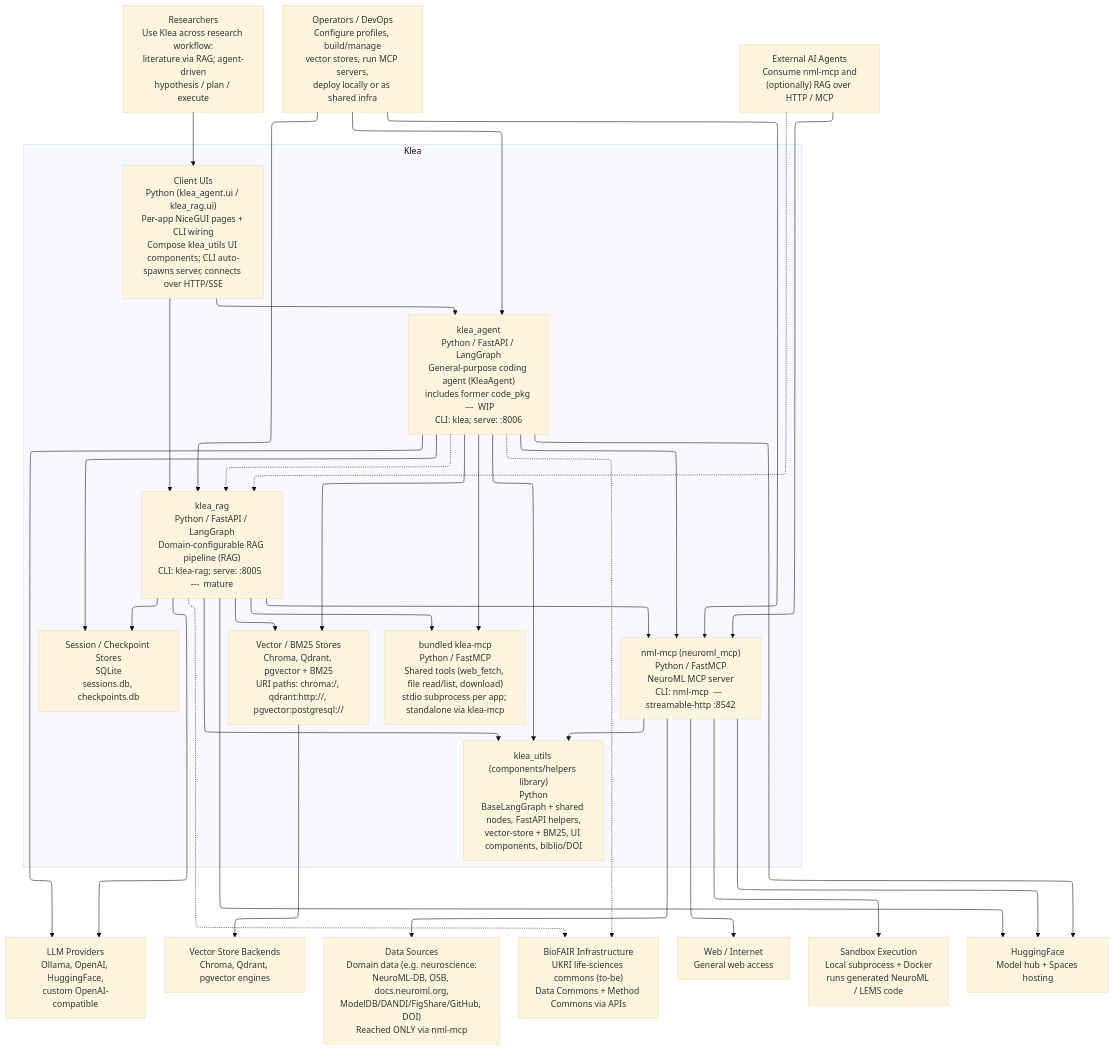
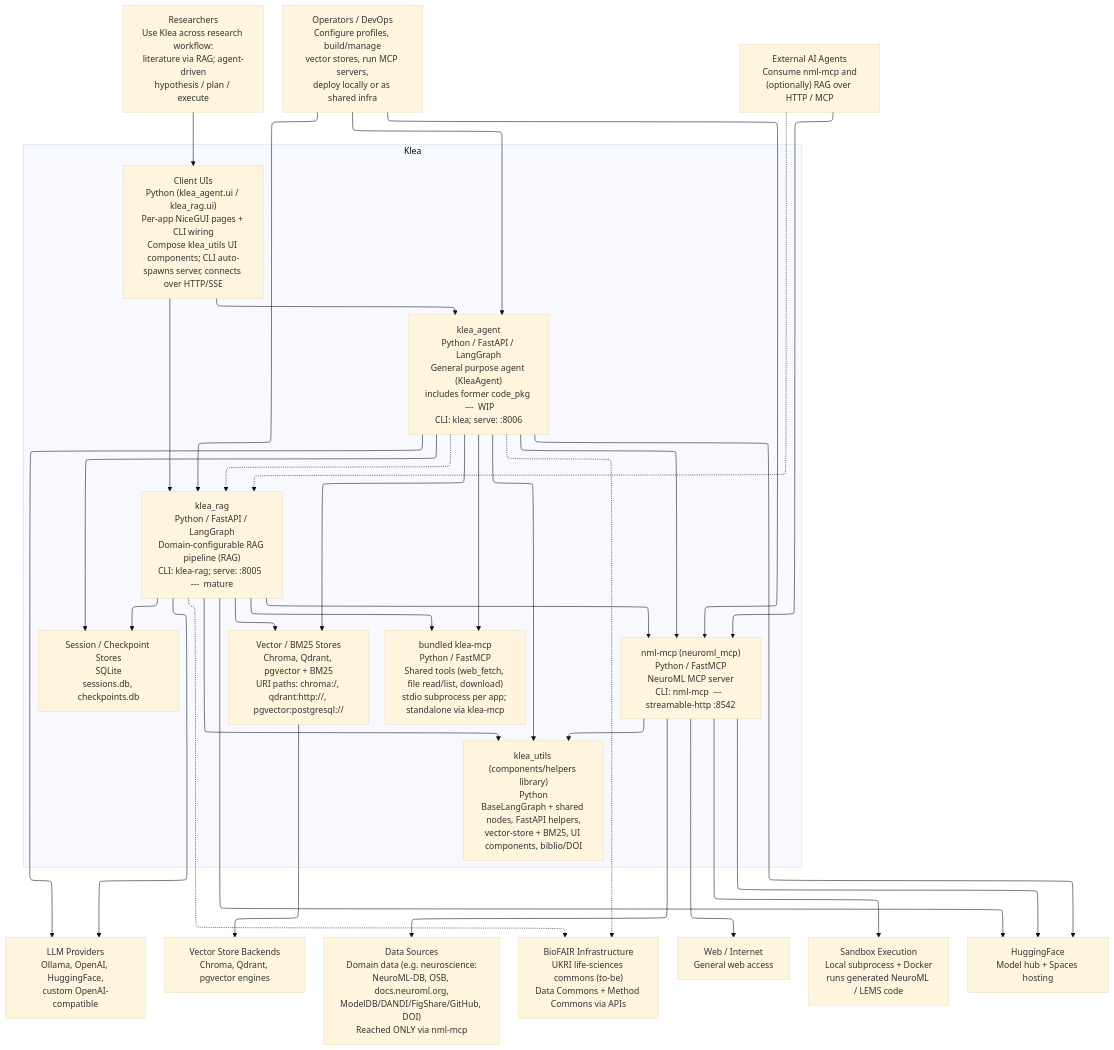
One commit to NeuroML/klea changed the diagram in devdocs/system/c4-container.md. Above: the diagram before and after it, drawn with Mermaid (base theme). The commit also changed other lines of this file and 20 other files, not shown here.

First line of the commit message:
feat(klea-agent): re-add query classifier node

````diff
--- a/devdocs/system/c4-container.md
+++ b/devdocs/system/c4-container.md
@@ -32,71 +32,71 @@
 ```mermaid
 ---
 config:
   layout: elk
   elk:
     mergeEdges: false
     nodeSpacing: 40
     rankSpacing: 60
 ---
 flowchart TB
 
     %% Persons
     researcher["Researchers<br/>Use Klea across research workflow:<br/>literature via RAG; agent-driven<br/>hypothesis / plan / execute"]
     devops["Operators / DevOps<br/>Configure profiles, build/manage<br/>vector stores, run MCP servers,<br/>deploy locally or as shared infra"]
     extagent["External AI Agents<br/>Consume nml-mcp and<br/>(optionally) RAG over HTTP / MCP"]
 
     %% Klea boundary
     subgraph Klea [Klea]
         direction TB
         ui["Client UIs<br/>Python (klea_agent.ui / klea_rag.ui)<br/>Per-app NiceGUI pages + CLI wiring<br/>Compose klea_utils UI components; CLI auto-spawns server, connects over HTTP/SSE"]
-        agent["klea_agent<br/>Python / FastAPI / LangGraph<br/>General-purpose coding agent (KleaAgent)<br/>includes former code_pkg  ---  WIP<br/>CLI: klea; serve: :8006"]
+        agent["klea_agent<br/>Python / FastAPI / LangGraph<br/>General purpose agent (KleaAgent)<br/>includes former code_pkg  ---  WIP<br/>CLI: klea; serve: :8006"]
         rag["klea_rag<br/>Python / FastAPI / LangGraph<br/>Domain-configurable RAG pipeline (RAG)<br/>CLI: klea-rag; serve: :8005  ---  mature"]
         nmlmcp["nml-mcp (neuroml_mcp)<br/>Python / FastMCP<br/>NeuroML MCP server<br/>CLI: nml-mcp  ---  streamable-http :8542"]
         bundled["bundled klea-mcp<br/>Python / FastMCP<br/>Shared tools (web_fetch, file read/list, download)<br/>stdio subprocess per app; standalone via klea-mcp"]
         utils["klea_utils (components/helpers library)<br/>Python<br/>BaseLangGraph + shared nodes, FastAPI helpers,<br/>vector-store + BM25, UI components, biblio/DOI"]
         vstores["Vector / BM25 Stores<br/>Chroma, Qdrant, pgvector + BM25<br/>URI paths: chroma:/, qdrant:http://, pgvector:postgresql://"]
         sqlite["Session / Checkpoint Stores<br/>SQLite<br/>sessions.db, checkpoints.db"]
     end
 
     %% External systems
     llm["LLM Providers<br/>Ollama, OpenAI, HuggingFace,<br/>custom OpenAI-compatible"]
     vbackends["Vector Store Backends<br/>Chroma, Qdrant, pgvector engines"]
     datasources["Data Sources<br/>Domain data (e.g. neuroscience:<br/>NeuroML-DB, OSB, docs.neuroml.org,<br/>ModelDB/DANDI/FigShare/GitHub, DOI)<br/>Reached ONLY via nml-mcp"]
     biofair["BioFAIR Infrastructure<br/>UKRI life-sciences commons (to-be)<br/>Data Commons + Method Commons via APIs"]
     web["Web / Internet<br/>General web access"]
     sandbox["Sandbox Execution<br/>Local subprocess + Docker<br/>runs generated NeuroML / LEMS code"]
     hf["HuggingFace<br/>Model hub + Spaces hosting"]
 
     %% Core interactions
     researcher --> ui
     devops --> agent
     devops --> rag
     devops --> nmlmcp
     extagent --> nmlmcp
     extagent -.-> rag
     ui --> agent
     ui --> rag
     agent --> bundled
     rag --> bundled
     agent --> nmlmcp
     rag --> nmlmcp
     agent -.-> rag
     agent --> vstores
     rag --> vstores
     agent --> llm
     rag --> llm
     agent --> sqlite
     rag --> sqlite
     agent --> utils
     rag --> utils
     nmlmcp --> utils
     vstores --> vbackends
     nmlmcp --> datasources
     nmlmcp --> web
     nmlmcp --> sandbox
     agent -.-> biofair
     rag -.-> biofair
     agent --> hf
     rag --> hf
     nmlmcp --> hf
 ```
````
